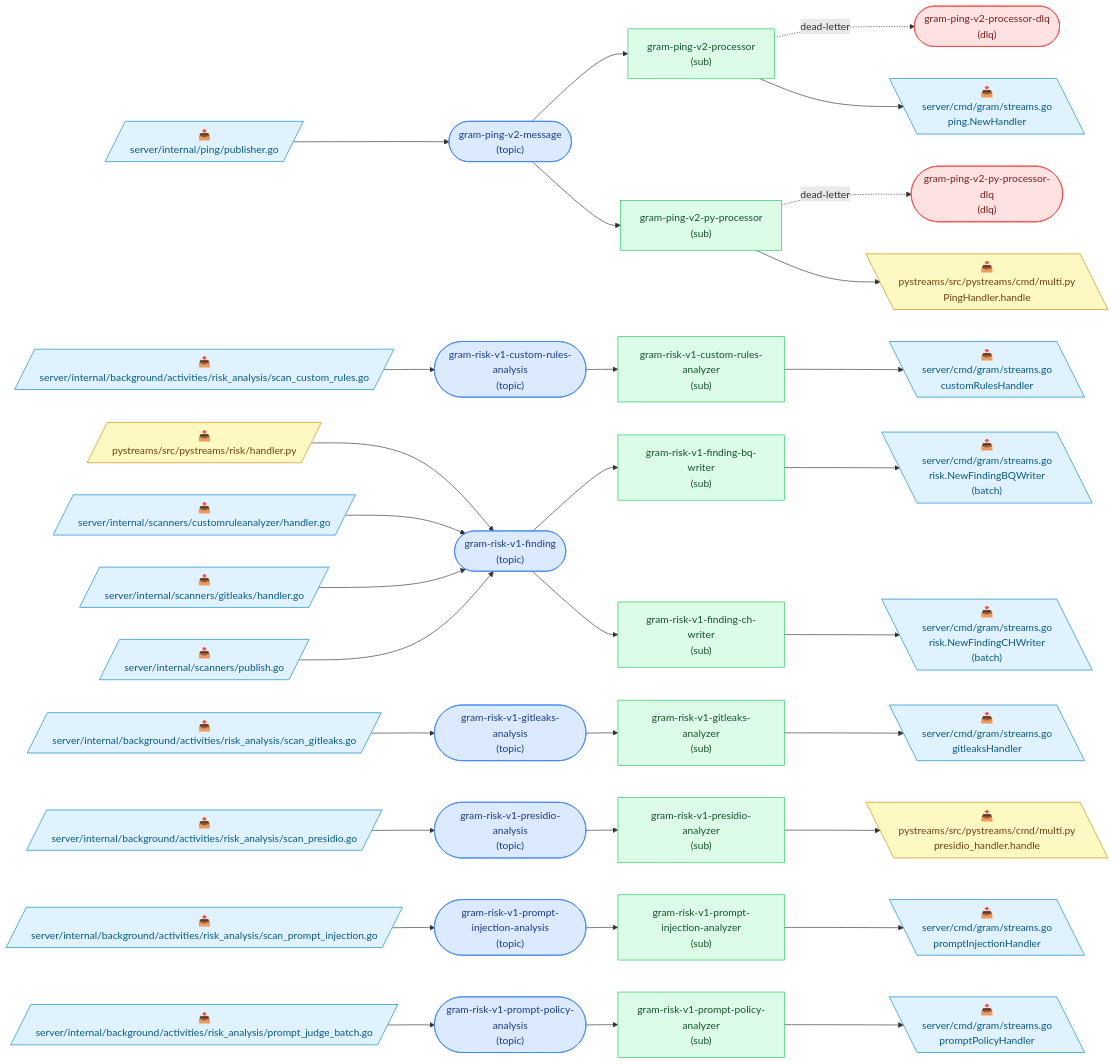
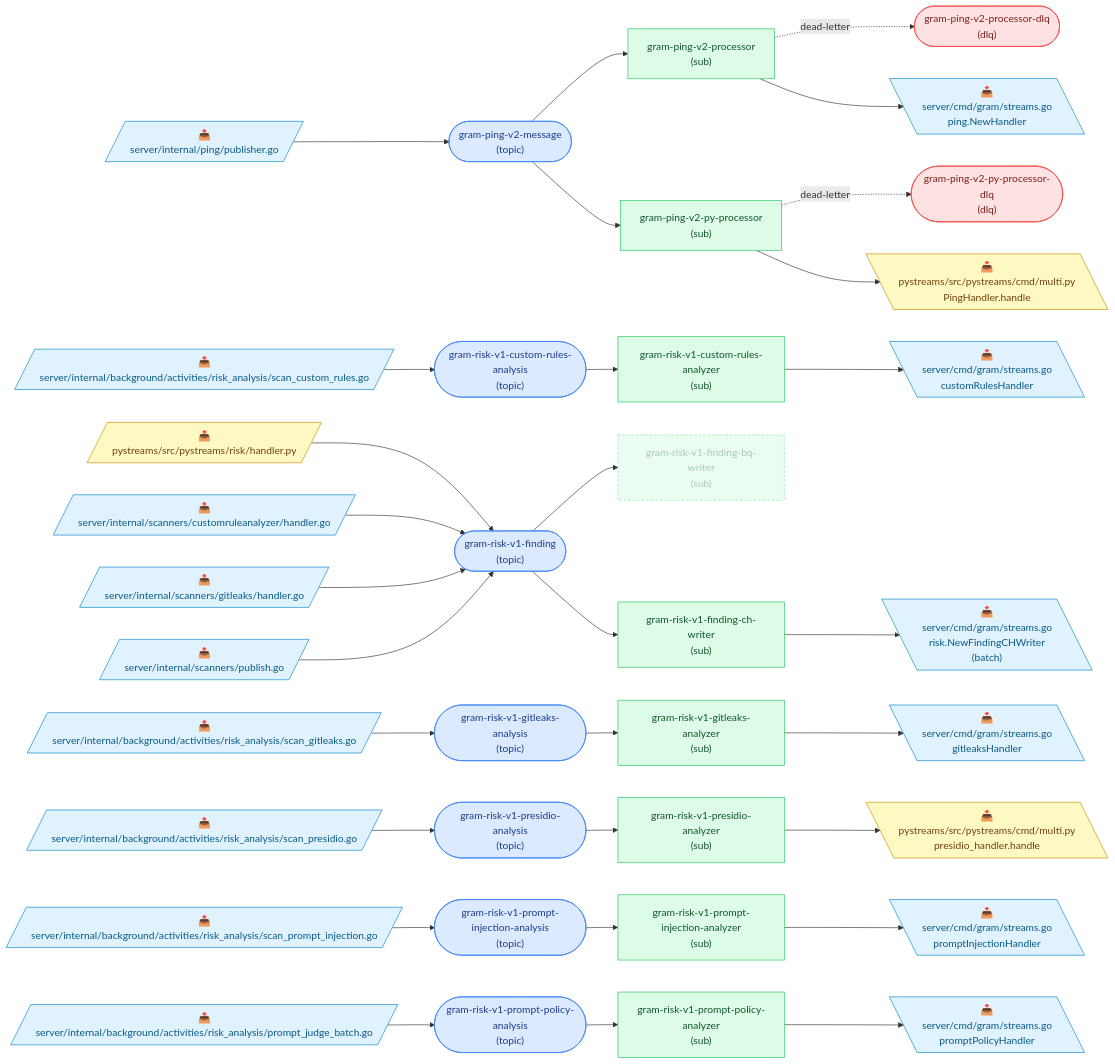
One commit to speakeasy-api/gram changed the diagram in docs/pubsub-topology.md. Above: the diagram before and after it, drawn with Mermaid. The commit also changed other lines of this file and 17 other files, not shown here.

````diff
--- a/docs/pubsub-topology.md
+++ b/docs/pubsub-topology.md
@@ -9,78 +9,78 @@
 ```mermaid
 flowchart LR
   classDef topic fill:#dbeafe,stroke:#3b82f6,color:#1e3a8a;
   classDef dlq fill:#fee2e2,stroke:#ef4444,color:#7f1d1d;
   classDef sub fill:#dcfce7,stroke:#22c55e,color:#14532d;
   classDef go fill:#e0f2fe,stroke:#0284c7,color:#075985;
   classDef python fill:#fef9c3,stroke:#ca8a04,color:#713f12;
   classDef deprecated stroke-dasharray:4 3,opacity:0.55;
 
   t_gram_ping_v2_message(["gram-ping-v2-message<br/>(topic)"]):::topic
   t_gram_ping_v2_processor_dlq(["gram-ping-v2-processor-dlq<br/>(dlq)"]):::dlq
   t_gram_ping_v2_py_processor_dlq(["gram-ping-v2-py-processor-dlq<br/>(dlq)"]):::dlq
   t_gram_risk_v1_custom_rules_analysis(["gram-risk-v1-custom-rules-analysis<br/>(topic)"]):::topic
   t_gram_risk_v1_finding(["gram-risk-v1-finding<br/>(topic)"]):::topic
   t_gram_risk_v1_gitleaks_analysis(["gram-risk-v1-gitleaks-analysis<br/>(topic)"]):::topic
   t_gram_risk_v1_presidio_analysis(["gram-risk-v1-presidio-analysis<br/>(topic)"]):::topic
   t_gram_risk_v1_prompt_injection_analysis(["gram-risk-v1-prompt-injection-analysis<br/>(topic)"]):::topic
   t_gram_risk_v1_prompt_policy_analysis(["gram-risk-v1-prompt-policy-analysis<br/>(topic)"]):::topic
   s_gram_ping_v2_processor["gram-ping-v2-processor<br/>(sub)"]:::sub
   s_gram_ping_v2_py_processor["gram-ping-v2-py-processor<br/>(sub)"]:::sub
   s_gram_risk_v1_custom_rules_analyzer["gram-risk-v1-custom-rules-analyzer<br/>(sub)"]:::sub
   s_gram_risk_v1_finding_bq_writer["gram-risk-v1-finding-bq-writer<br/>(sub)"]:::sub
   s_gram_risk_v1_finding_ch_writer["gram-risk-v1-finding-ch-writer<br/>(sub)"]:::sub
   s_gram_risk_v1_gitleaks_analyzer["gram-risk-v1-gitleaks-analyzer<br/>(sub)"]:::sub
   s_gram_risk_v1_presidio_analyzer["gram-risk-v1-presidio-analyzer<br/>(sub)"]:::sub
   s_gram_risk_v1_prompt_injection_analyzer["gram-risk-v1-prompt-injection-analyzer<br/>(sub)"]:::sub
   s_gram_risk_v1_prompt_policy_analyzer["gram-risk-v1-prompt-policy-analyzer<br/>(sub)"]:::sub
 
   p0[/"📤<br/>server/internal/ping/publisher.go"/]:::go
   p0 --> t_gram_ping_v2_message
   p1[/"📤<br/>server/internal/background/activities/risk_analysis/scan_custom_rules.go"/]:::go
   p1 --> t_gram_risk_v1_custom_rules_analysis
   p2[/"📤<br/>pystreams/src/pystreams/risk/handler.py"/]:::python
   p2 --> t_gram_risk_v1_finding
   p3[/"📤<br/>server/internal/scanners/customruleanalyzer/handler.go"/]:::go
   p3 --> t_gram_risk_v1_finding
   p4[/"📤<br/>server/internal/scanners/gitleaks/handler.go"/]:::go
   p4 --> t_gram_risk_v1_finding
   p5[/"📤<br/>server/internal/scanners/publish.go"/]:::go
   p5 --> t_gram_risk_v1_finding
   p6[/"📤<br/>server/internal/background/activities/risk_analysis/scan_gitleaks.go"/]:::go
   p6 --> t_gram_risk_v1_gitleaks_analysis
   p7[/"📤<br/>server/internal/background/activities/risk_analysis/scan_presidio.go"/]:::go
   p7 --> t_gram_risk_v1_presidio_analysis
   p8[/"📤<br/>server/internal/background/activities/risk_analysis/scan_prompt_injection.go"/]:::go
   p8 --> t_gram_risk_v1_prompt_injection_analysis
   p9[/"📤<br/>server/internal/background/activities/risk_analysis/prompt_judge_batch.go"/]:::go
   p9 --> t_gram_risk_v1_prompt_policy_analysis
   t_gram_ping_v2_message --> s_gram_ping_v2_processor
   s_gram_ping_v2_processor -. dead-letter .-> t_gram_ping_v2_processor_dlq
   t_gram_ping_v2_message --> s_gram_ping_v2_py_processor
   s_gram_ping_v2_py_processor -. dead-letter .-> t_gram_ping_v2_py_processor_dlq
   t_gram_risk_v1_custom_rules_analysis --> s_gram_risk_v1_custom_rules_analyzer
   t_gram_risk_v1_finding --> s_gram_risk_v1_finding_bq_writer
   t_gram_risk_v1_finding --> s_gram_risk_v1_finding_ch_writer
   t_gram_risk_v1_gitleaks_analysis --> s_gram_risk_v1_gitleaks_analyzer
   t_gram_risk_v1_presidio_analysis --> s_gram_risk_v1_presidio_analyzer
   t_gram_risk_v1_prompt_injection_analysis --> s_gram_risk_v1_prompt_injection_analyzer
   t_gram_risk_v1_prompt_policy_analysis --> s_gram_risk_v1_prompt_policy_analyzer
   c10[\"📥<br/>server/cmd/gram/streams.go<br/>ping.NewHandler"\]:::go
   s_gram_ping_v2_processor --> c10
   c11[\"📥<br/>pystreams/src/pystreams/cmd/multi.py<br/>PingHandler.handle"\]:::python
   s_gram_ping_v2_py_processor --> c11
   c12[\"📥<br/>server/cmd/gram/streams.go<br/>customRulesHandler"\]:::go
   s_gram_risk_v1_custom_rules_analyzer --> c12
-  c13[\"📥<br/>server/cmd/gram/streams.go<br/>risk.NewFindingBQWriter<br/>(batch)"\]:::go
-  s_gram_risk_v1_finding_bq_writer --> c13
-  c14[\"📥<br/>server/cmd/gram/streams.go<br/>risk.NewFindingCHWriter<br/>(batch)"\]:::go
-  s_gram_risk_v1_finding_ch_writer --> c14
-  c15[\"📥<br/>server/cmd/gram/streams.go<br/>gitleaksHandler"\]:::go
-  s_gram_risk_v1_gitleaks_analyzer --> c15
-  c16[\"📥<br/>pystreams/src/pystreams/cmd/multi.py<br/>presidio_handler.handle"\]:::python
-  s_gram_risk_v1_presidio_analyzer --> c16
-  c17[\"📥<br/>server/cmd/gram/streams.go<br/>promptInjectionHandler"\]:::go
-  s_gram_risk_v1_prompt_injection_analyzer --> c17
-  c18[\"📥<br/>server/cmd/gram/streams.go<br/>promptPolicyHandler"\]:::go
-  s_gram_risk_v1_prompt_policy_analyzer --> c18
+  c13[\"📥<br/>server/cmd/gram/streams.go<br/>risk.NewFindingCHWriter<br/>(batch)"\]:::go
+  s_gram_risk_v1_finding_ch_writer --> c13
+  c14[\"📥<br/>server/cmd/gram/streams.go<br/>gitleaksHandler"\]:::go
+  s_gram_risk_v1_gitleaks_analyzer --> c14
+  c15[\"📥<br/>pystreams/src/pystreams/cmd/multi.py<br/>presidio_handler.handle"\]:::python
+  s_gram_risk_v1_presidio_analyzer --> c15
+  c16[\"📥<br/>server/cmd/gram/streams.go<br/>promptInjectionHandler"\]:::go
+  s_gram_risk_v1_prompt_injection_analyzer --> c16
+  c17[\"📥<br/>server/cmd/gram/streams.go<br/>promptPolicyHandler"\]:::go
+  s_gram_risk_v1_prompt_policy_analyzer --> c17
+
+  class s_gram_risk_v1_finding_bq_writer deprecated;
 ```
````
